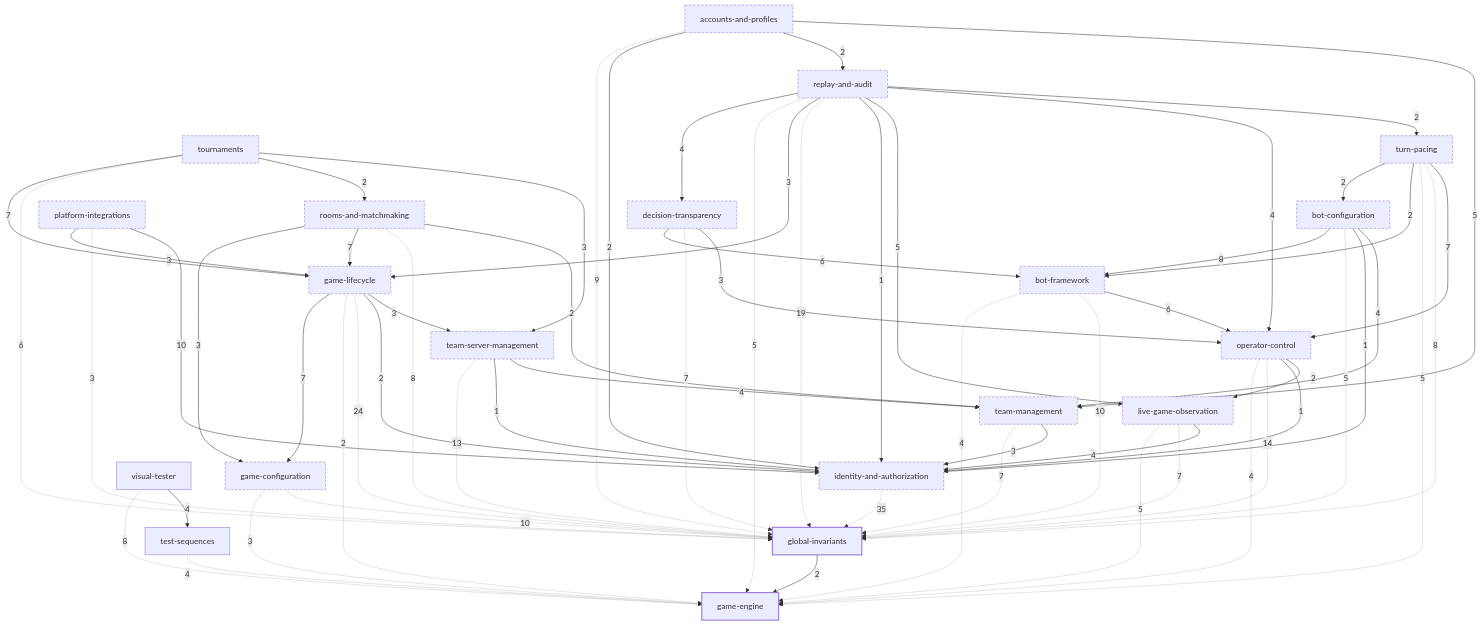
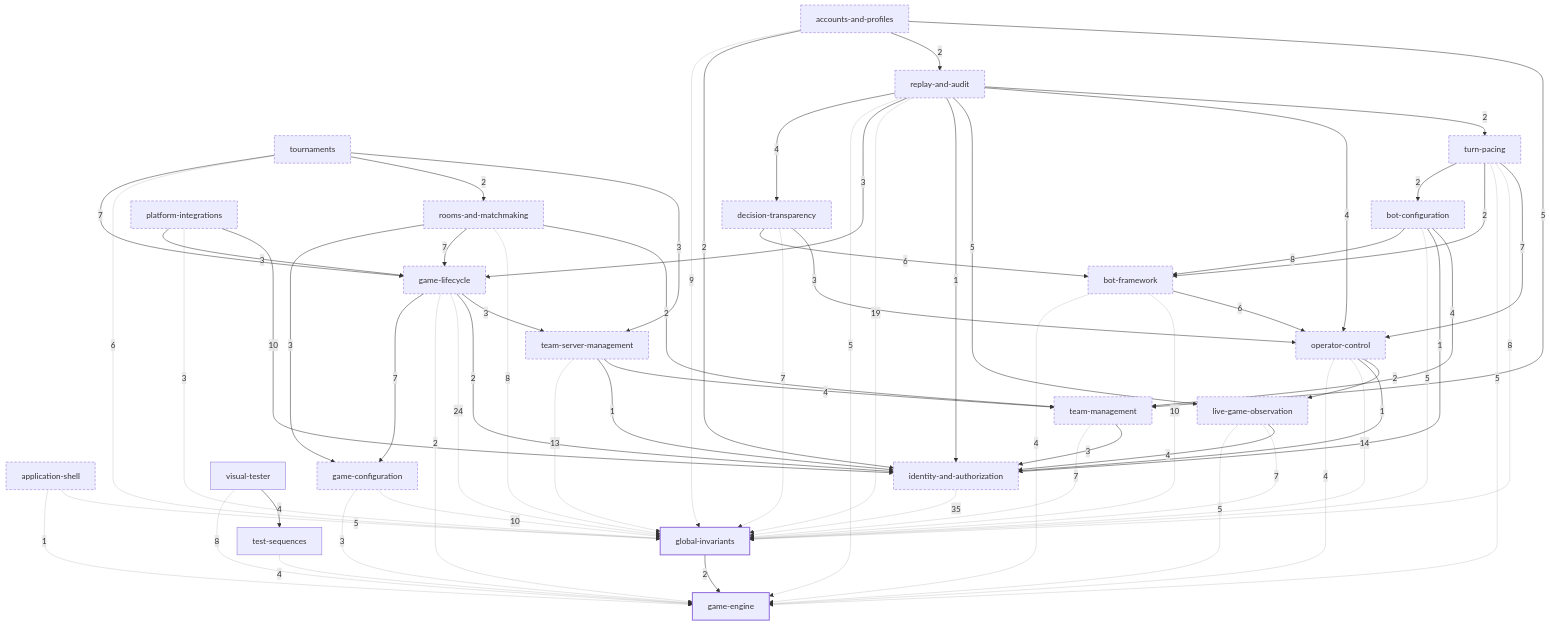
Before and after one commit to Cyphid-Academy/Snek-Centaur-Platform: the diagram in openspec/capability-graph.md, drawn with Mermaid. The commit also changed 5 other files, not shown here.

````diff
--- a/openspec/capability-graph.md
+++ b/openspec/capability-graph.md
@@ -29,6 +29,7 @@
   classDef base stroke-width:2px;
 
   accounts-and-profiles["accounts-and-profiles"]:::open
+  application-shell["application-shell"]:::open
   bot-configuration["bot-configuration"]:::open
   bot-framework["bot-framework"]:::open
   decision-transparency["decision-transparency"]:::open
@@ -53,6 +54,8 @@
   accounts-and-profiles -->|2| identity-and-authorization
   accounts-and-profiles -->|2| replay-and-audit
   accounts-and-profiles -->|5| team-management
+  application-shell -->|1| game-engine
+  application-shell -->|5| global-invariants
   bot-configuration -->|8| bot-framework
   bot-configuration -->|5| global-invariants
   bot-configuration -->|1| identity-and-authorization
@@ -113,5 +116,5 @@
   visual-tester -->|4| test-sequences
 
   class game-engine,global-invariants base;
-  linkStyle 0,5,8,9,12,14,15,17,18,22,23,24,26,27,31,34,36,43,45,47,50,52,57,58,60 stroke-opacity:0.25;
+  linkStyle 0,4,5,7,10,11,14,16,17,19,20,24,25,26,28,29,33,36,38,45,47,49,52,54,59,60,62 stroke-opacity:0.25;
 ```
````
